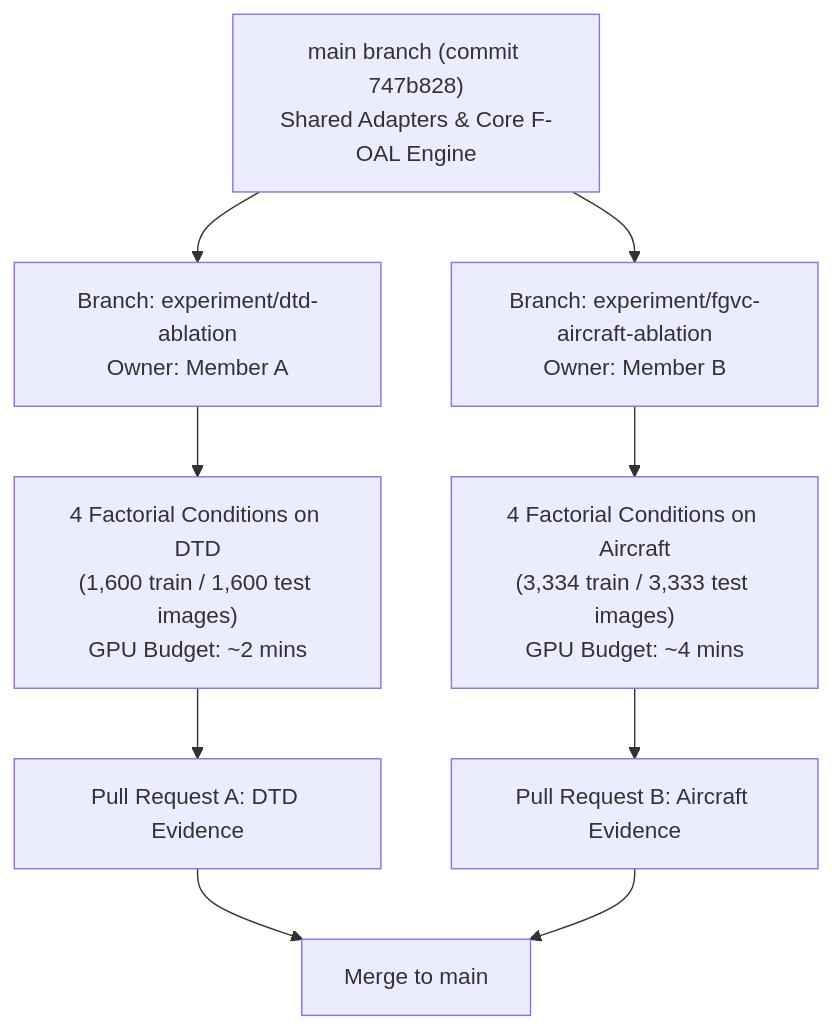
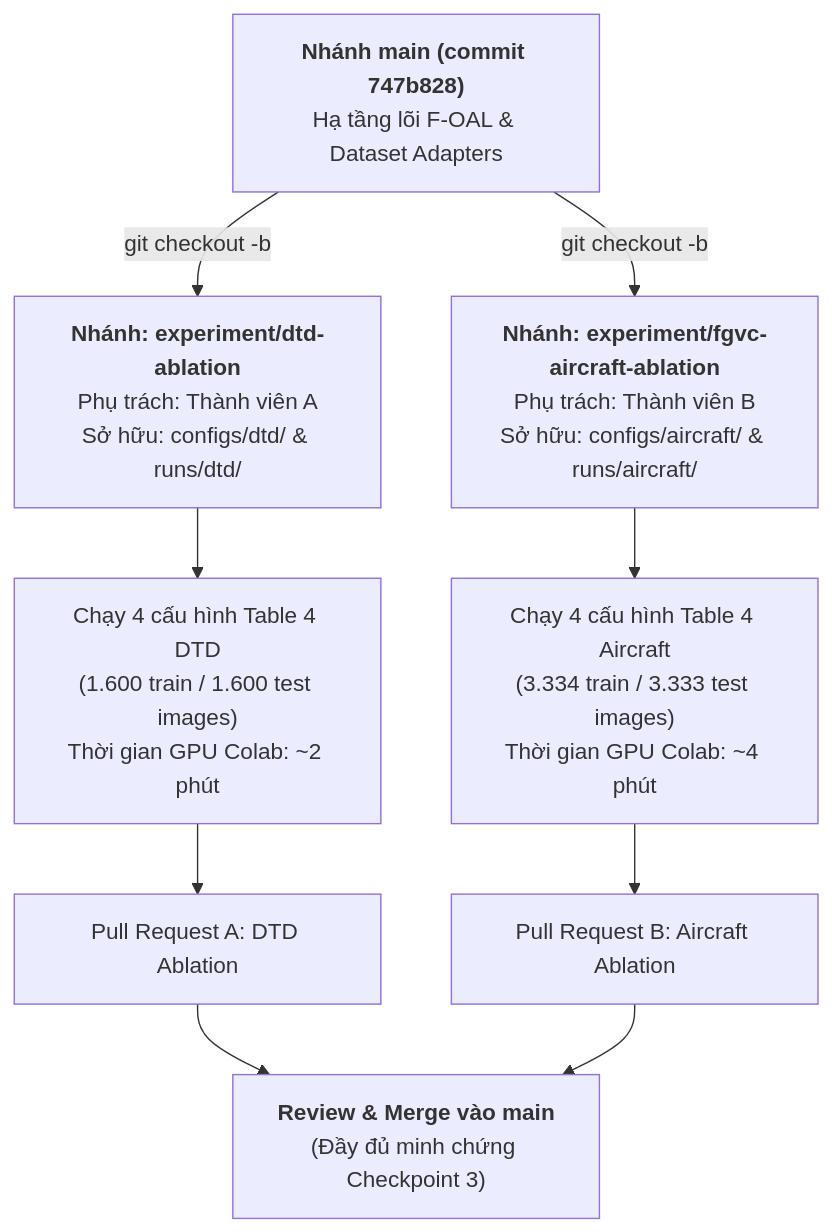
Before and after one commit to caoban123/F-OAL: the second of 2 diagrams in docs/team_parallel_dataset_plan.md, drawn with Mermaid. The commit also changed other lines of this file, not shown here.

Commit message:
docs(plan): rewrite team parallel dataset plan in Vietnamese with comprehensive project overview

````diff
--- a/docs/team_parallel_dataset_plan.md
+++ b/docs/team_parallel_dataset_plan.md
@@ -15,14 +99,15 @@
 ```mermaid
 flowchart TD
-    Main["main branch (commit 747b828)<br>Shared Adapters & Core F-OAL Engine"] --> BranchA["Branch: experiment/dtd-ablation<br>Owner: Member A"]
-    Main --> BranchB["Branch: experiment/fgvc-aircraft-ablation<br>Owner: Member B"]
+    Main["<b>Nhánh main (commit 747b828)</b><br>Hạ tầng lõi F-OAL & Dataset Adapters"]
+    Main -->|git checkout -b| BranchA["<b>Nhánh: experiment/dtd-ablation</b><br>Phụ trách: Thành viên A<br>Sở hữu: configs/dtd/ & runs/dtd/"]
+    Main -->|git checkout -b| BranchB["<b>Nhánh: experiment/fgvc-aircraft-ablation</b><br>Phụ trách: Thành viên B<br>Sở hữu: configs/aircraft/ & runs/aircraft/"]
     
-    BranchA --> DTD_Runs["4 Factorial Conditions on DTD<br>(1,600 train / 1,600 test images)<br>GPU Budget: ~2 mins"]
-    BranchB --> Aircraft_Runs["4 Factorial Conditions on Aircraft<br>(3,334 train / 3,333 test images)<br>GPU Budget: ~4 mins"]
+    BranchA --> RunA["Chạy 4 cấu hình Table 4 DTD<br>(1.600 train / 1.600 test images)<br>Thời gian GPU Colab: ~2 phút"]
+    BranchB --> RunB["Chạy 4 cấu hình Table 4 Aircraft<br>(3.334 train / 3.333 test images)<br>Thời gian GPU Colab: ~4 phút"]
     
-    DTD_Runs --> PR_A["Pull Request A: DTD Evidence"]
-    Aircraft_Runs --> PR_B["Pull Request B: Aircraft Evidence"]
+    RunA --> PRA["Pull Request A: DTD Ablation"]
+    RunB --> PRB["Pull Request B: Aircraft Ablation"]
     
-    PR_A --> Merge["Merge to main"]
-    PR_B --> Merge
+    PRA --> Merge["<b>Review & Merge vào main</b><br>(Đầy đủ minh chứng Checkpoint 3)"]
+    PRB --> Merge
 ```
````
